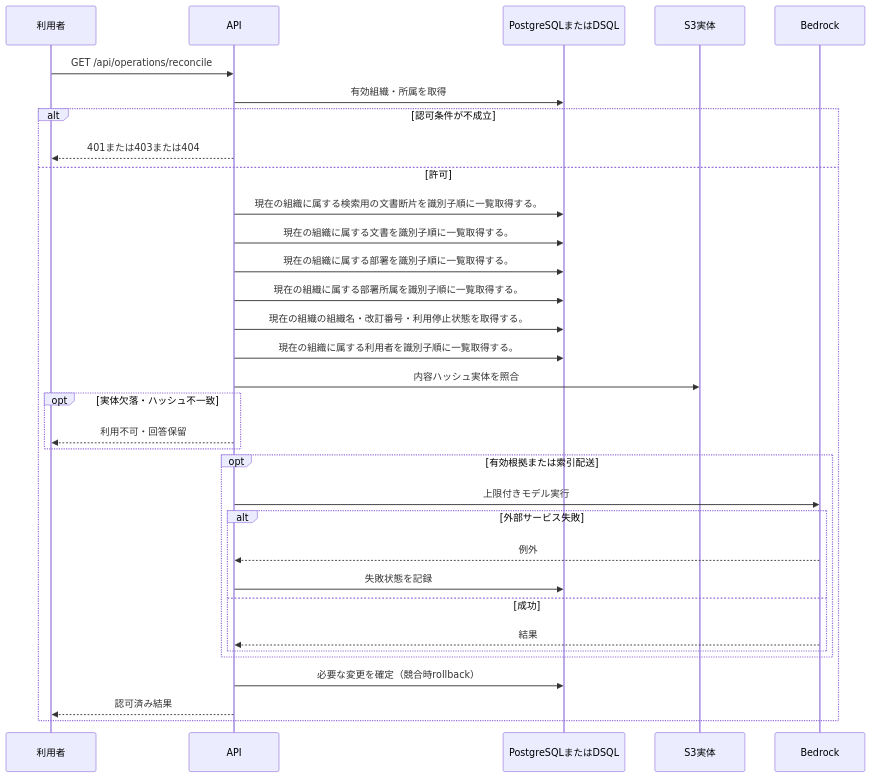
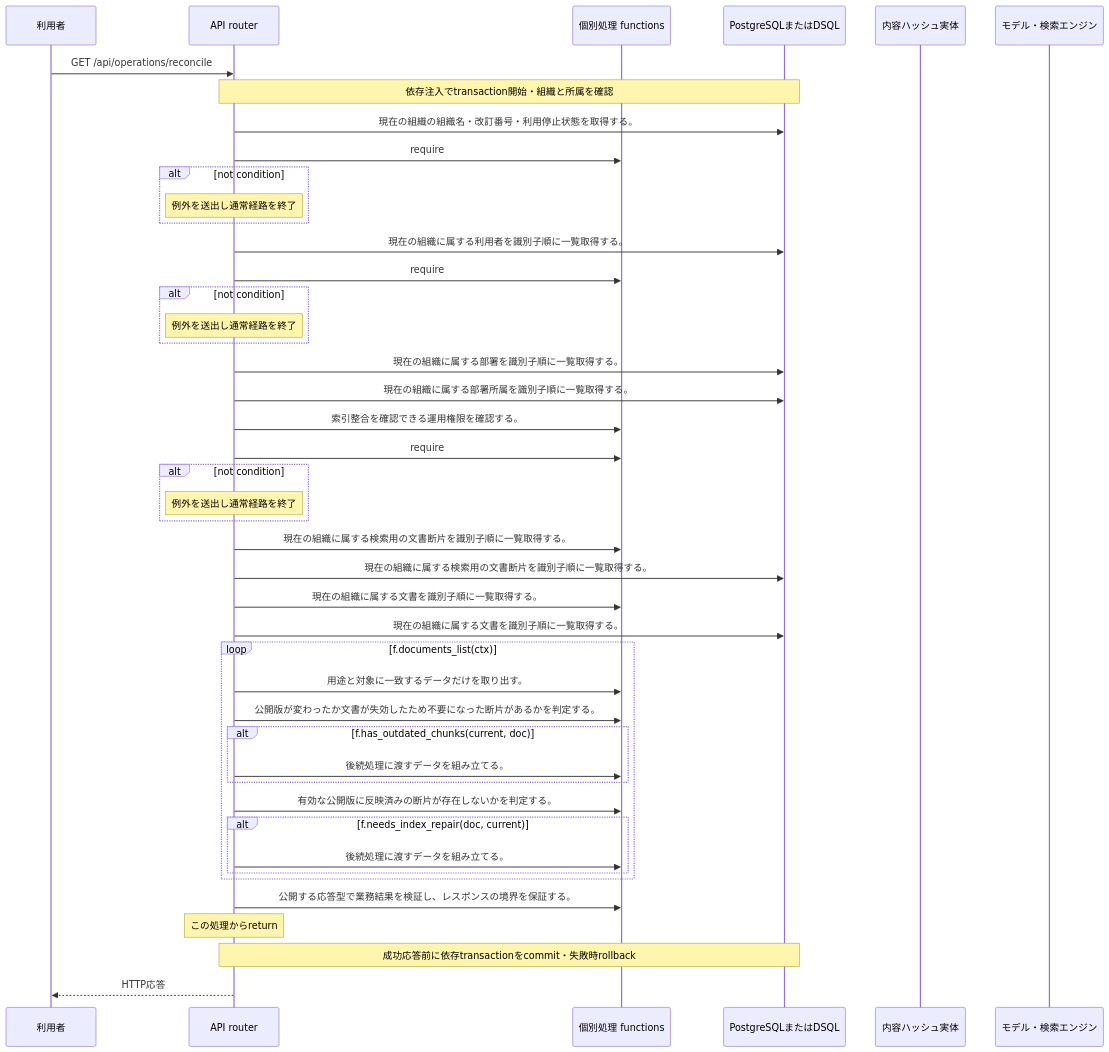
One commit to tsuji-tomonori/KotoRelay changed the diagram in docs/design/generated/api/operations/reconcile_index/sequence.md. Above: the diagram before and after it, drawn with Mermaid. The commit also changed other lines of this file and 424 other files, not shown here.

````diff
--- a/docs/design/generated/api/operations/reconcile_index/sequence.md
+++ b/docs/design/generated/api/operations/reconcile_index/sequence.md
@@ -7,35 +7,47 @@
 ```mermaid
 sequenceDiagram
     participant U as 利用者
-    participant A as API
+    participant A as API router
+    participant F as 個別処理 functions
     participant D as PostgreSQLまたはDSQL
-    participant S as S3実体
-    participant M as Bedrock
+    participant S as 内容ハッシュ実体
+    participant M as モデル・検索エンジン
     U->>A: GET /api/operations/reconcile
-    A->>D: 有効組織・所属を取得
-    alt 認可条件が不成立
-        A-->>U: 401または403または404
-    else 許可
-        A->>D: 現在の組織に属する検索用の文書断片を識別子順に一覧取得する。
-        A->>D: 現在の組織に属する文書を識別子順に一覧取得する。
-        A->>D: 現在の組織に属する部署を識別子順に一覧取得する。
-        A->>D: 現在の組織に属する部署所属を識別子順に一覧取得する。
-        A->>D: 現在の組織の組織名・改訂番号・利用停止状態を取得する。
-        A->>D: 現在の組織に属する利用者を識別子順に一覧取得する。
-        A->>S: 内容ハッシュ実体を照合
-        opt 実体欠落・ハッシュ不一致
-            A-->>U: 利用不可・回答保留
-        end
-        opt 有効根拠または索引配送
-            A->>M: 上限付きモデル実行
-            alt 外部サービス失敗
-                M-->>A: 例外
-                A->>D: 失敗状態を記録
-            else 成功
-                M-->>A: 結果
-            end
-        end
-        A->>D: 必要な変更を確定（競合時rollback）
-        A-->>U: 認可済み結果
+    Note over A,D: 依存注入でtransaction開始・組織と所属を確認
+    A->>D: 現在の組織の組織名・改訂番号・利用停止状態を取得する。
+    A->>F: require
+    alt not condition
+    Note over A: 例外を送出し通常経路を終了
     end
+    A->>D: 現在の組織に属する利用者を識別子順に一覧取得する。
+    A->>F: require
+    alt not condition
+    Note over A: 例外を送出し通常経路を終了
+    end
+    A->>D: 現在の組織に属する部署を識別子順に一覧取得する。
+    A->>D: 現在の組織に属する部署所属を識別子順に一覧取得する。
+    A->>F: 索引整合を確認できる運用権限を確認する。
+    A->>F: require
+    alt not condition
+    Note over A: 例外を送出し通常経路を終了
+    end
+    A->>F: 現在の組織に属する検索用の文書断片を識別子順に一覧取得する。
+    A->>D: 現在の組織に属する検索用の文書断片を識別子順に一覧取得する。
+    A->>F: 現在の組織に属する文書を識別子順に一覧取得する。
+    A->>D: 現在の組織に属する文書を識別子順に一覧取得する。
+    loop f.documents_list(ctx)
+    A->>F: 用途と対象に一致するデータだけを取り出す。
+    A->>F: 公開版が変わったか文書が失効したため不要になった断片があるかを判定する。
+    alt f.has_outdated_chunks(current, doc)
+    A->>F: 後続処理に渡すデータを組み立てる。
+    end
+    A->>F: 有効な公開版に反映済みの断片が存在しないかを判定する。
+    alt f.needs_index_repair(doc, current)
+    A->>F: 後続処理に渡すデータを組み立てる。
+    end
+    end
+    A->>F: 公開する応答型で業務結果を検証し、レスポンスの境界を保証する。
+    Note over A: この処理からreturn
+    Note over A,D: 成功応答前に依存transactionをcommit・失敗時rollback
+    A-->>U: HTTP応答
 ```
````
